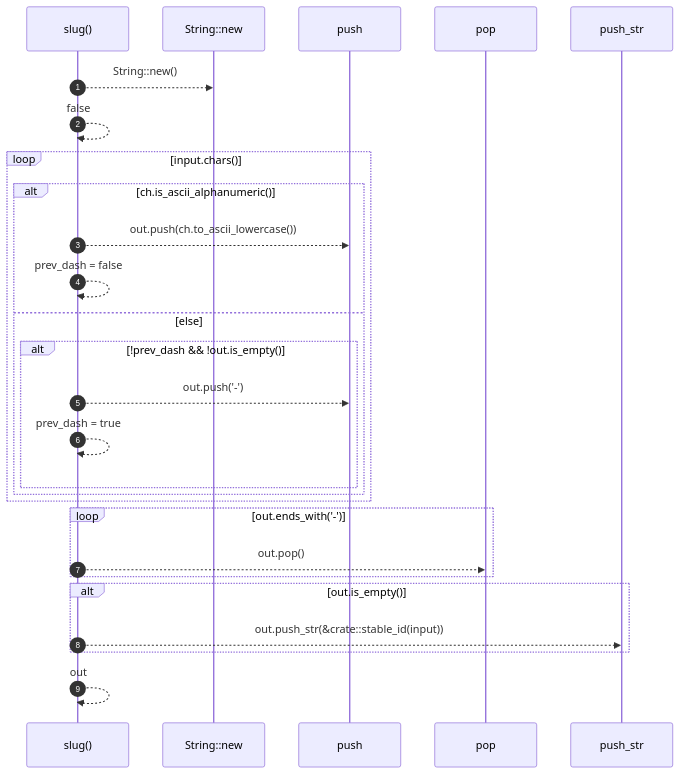
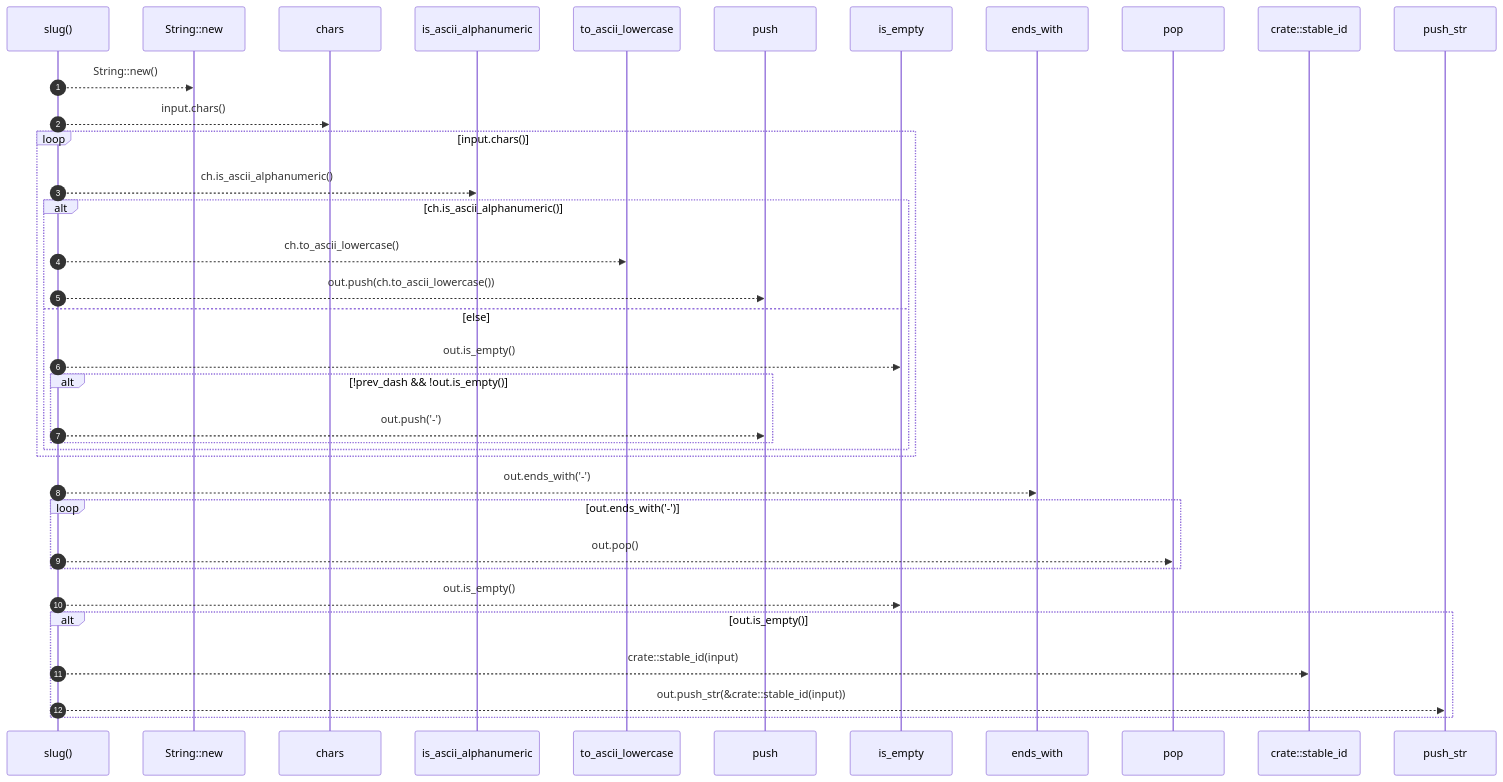
Before and after one commit to RyanGuild/self-describing-code: the diagram in docs/self-model/robby_render/pipeline/slug.md, drawn with Mermaid. The commit also changed other lines of this file and 1404 other files, not shown here.

````diff
--- a/docs/self-model/robby_render/pipeline/slug.md
+++ b/docs/self-model/robby_render/pipeline/slug.md
@@ -35,29 +35,38 @@
 ```mermaid
 sequenceDiagram
     autonumber
     participant slug as slug()
     participant String__new as String::new
+    participant chars as chars
+    participant is_ascii_alphanumeric as is_ascii_alphanumeric
+    participant to_ascii_lowercase as to_ascii_lowercase
     participant push as push
+    participant is_empty as is_empty
+    participant ends_with as ends_with
     participant pop as pop
+    participant crate__stable_id as crate::stable_id
     participant push_str as push_str
     slug-->>String__new: String::new()
-    slug-->>slug: false
+    slug-->>chars: input.chars()
     loop input.chars()
+    slug-->>is_ascii_alphanumeric: ch.is_ascii_alphanumeric()
     alt ch.is_ascii_alphanumeric()
+    slug-->>to_ascii_lowercase: ch.to_ascii_lowercase()
     slug-->>push: out.push(ch.to_ascii_lowercase())
-    slug-->>slug: prev_dash = false
     else else
+    slug-->>is_empty: out.is_empty()
     alt !prev_dash && !out.is_empty()
     slug-->>push: out.push('-')
-    slug-->>slug: prev_dash = true
     end
     end
     end
+    slug-->>ends_with: out.ends_with('-')
     loop out.ends_with('-')
     slug-->>pop: out.pop()
     end
+    slug-->>is_empty: out.is_empty()
     alt out.is_empty()
+    slug-->>crate__stable_id: crate::stable_id(input)
     slug-->>push_str: out.push_str(&crate::stable_id(input))
     end
-    slug-->>slug: out
 ```
````
